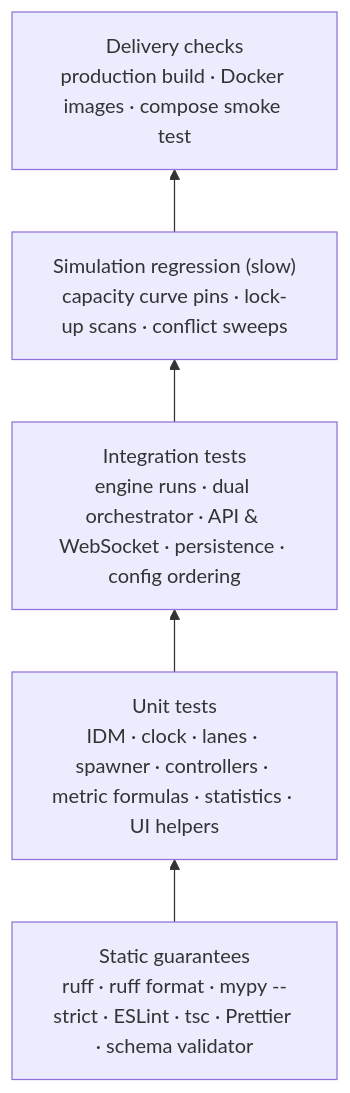
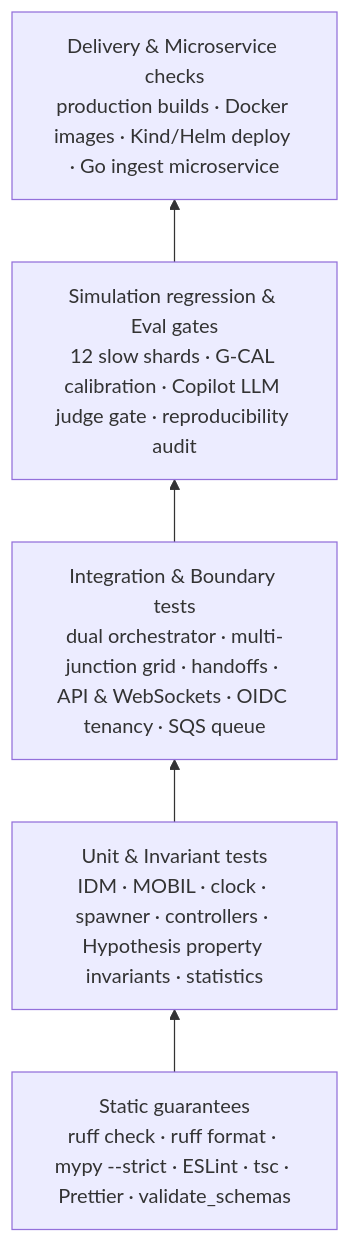
The first of 2 diagrams in docs/testing/README.md (Viraj281105/Traffic-Simulation), drawn with Mermaid before and after one commit. The commit also changed other lines of this file and 11 other files, not shown here.

````diff
--- a/docs/testing/README.md
+++ b/docs/testing/README.md
@@ -11,9 +11,9 @@
 ```mermaid
 flowchart BT
-    S["Static guarantees<br/>ruff · ruff format · mypy --strict · ESLint · tsc · Prettier · schema validator"]
-    U["Unit tests<br/>IDM · clock · lanes · spawner · controllers · metric formulas · statistics · UI helpers"]
-    I["Integration tests<br/>engine runs · dual orchestrator · API & WebSocket · persistence · config ordering"]
-    R["Simulation regression (slow)<br/>capacity curve pins · lock-up scans · conflict sweeps"]
-    D["Delivery checks<br/>production build · Docker images · compose smoke test"]
+    S["Static guarantees<br/>ruff check · ruff format · mypy --strict · ESLint · tsc · Prettier · validate_schemas"]
+    U["Unit & Invariant tests<br/>IDM · MOBIL · clock · spawner · controllers · Hypothesis property invariants · statistics"]
+    I["Integration & Boundary tests<br/>dual orchestrator · multi-junction grid · handoffs · API & WebSockets · OIDC tenancy · SQS queue"]
+    R["Simulation regression & Eval gates<br/>12 slow shards · G-CAL calibration · Copilot LLM judge gate · reproducibility audit"]
+    D["Delivery & Microservice checks<br/>production builds · Docker images · Kind/Helm deploy · Go ingest microservice"]
     S --> U --> I --> R --> D
 ```
````
